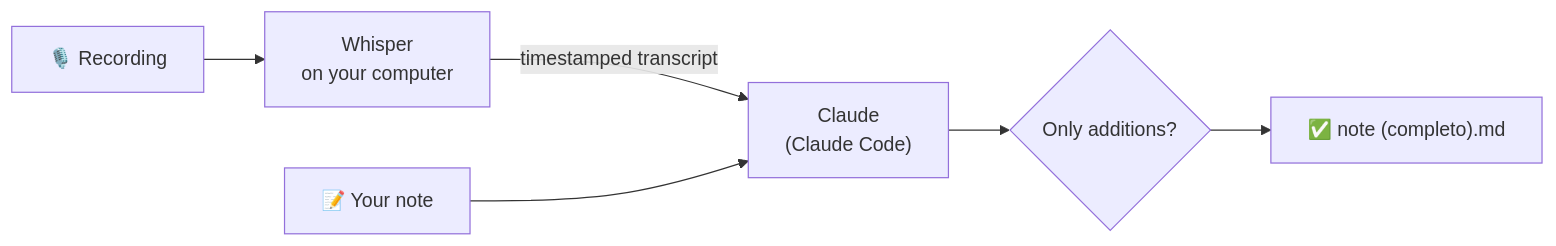
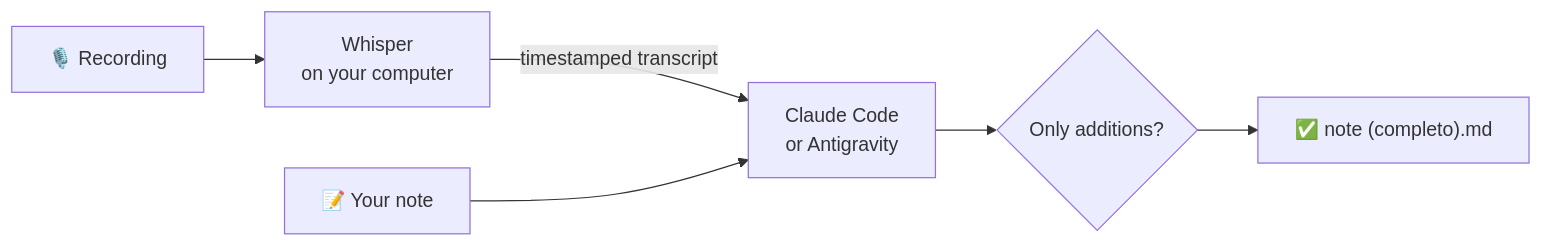
Before and after one commit to alevuolo17/uni-rec2notes: the diagram in README.md, drawn with Mermaid. The commit also changed other lines of this file and 20 other files, not shown here.

````diff
--- a/README.md
+++ b/README.md
@@ -33,8 +36,8 @@
 ```mermaid
 flowchart LR
     audio["🎙️ Recording"] --> whisper["Whisper<br/>on your computer"]
-    whisper -->|timestamped transcript| claude["Claude<br/>(Claude Code)"]
+    whisper -->|timestamped transcript| claude["Claude Code<br/>or Antigravity"]
     note["📝 Your note"] --> claude
     claude --> check{"Only additions?"}
     check --> out["✅ note (completo).md"]
 ```
````
